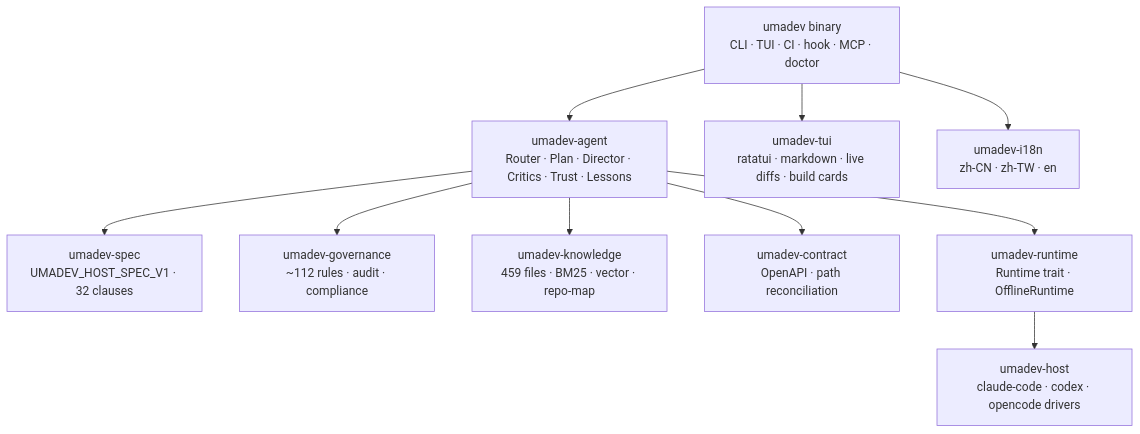
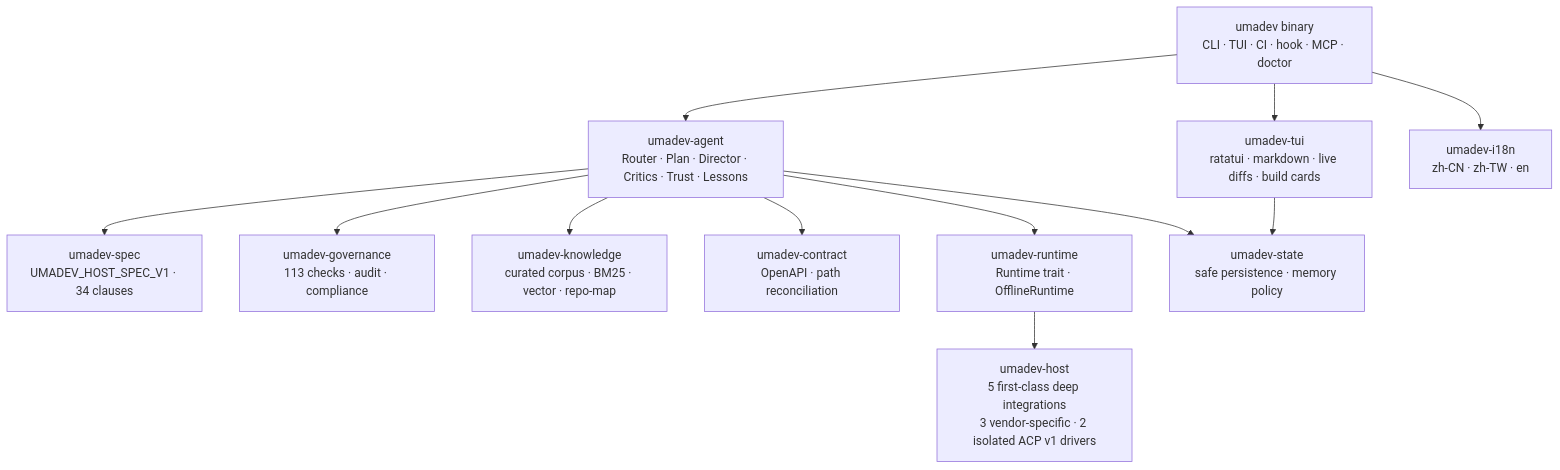
The seventh of 7 diagrams in README.md (grong360/umadev), drawn with Mermaid before and after one commit. The commit also changed other lines of this file and 246 other files, not shown here.

````diff
--- a/README.md
+++ b/README.md
@@ -775,16 +806,18 @@
 ```mermaid
 flowchart TB
     Binary["umadev binary<br/>CLI · TUI · CI · hook · MCP · doctor"]
 
     Binary --> Agent["umadev-agent<br/>Router · Plan · Director · Critics · Trust · Lessons"]
     Binary --> TUI["umadev-tui<br/>ratatui · markdown · live diffs · build cards"]
     Binary --> I18N["umadev-i18n<br/>zh-CN · zh-TW · en"]
 
-    Agent --> Spec["umadev-spec<br/>UMADEV_HOST_SPEC_V1 · 32 clauses"]
-    Agent --> Governance["umadev-governance<br/>~112 rules · audit · compliance"]
-    Agent --> Knowledge["umadev-knowledge<br/>459 files · BM25 · vector · repo-map"]
+    Agent --> Spec["umadev-spec<br/>UMADEV_HOST_SPEC_V1 · 34 clauses"]
+    Agent --> Governance["umadev-governance<br/>113 checks · audit · compliance"]
+    Agent --> Knowledge["umadev-knowledge<br/>curated corpus · BM25 · vector · repo-map"]
     Agent --> Contract["umadev-contract<br/>OpenAPI · path reconciliation"]
     Agent --> Runtime["umadev-runtime<br/>Runtime trait · OfflineRuntime"]
+    Agent --> State["umadev-state<br/>safe persistence · memory policy"]
+    TUI --> State
 
-    Runtime --> Host["umadev-host<br/>claude-code · codex · opencode drivers"]
+    Runtime --> Host["umadev-host<br/>5 first-class deep integrations<br/>3 vendor-specific · 2 isolated ACP v1 drivers"]
 ```
````
